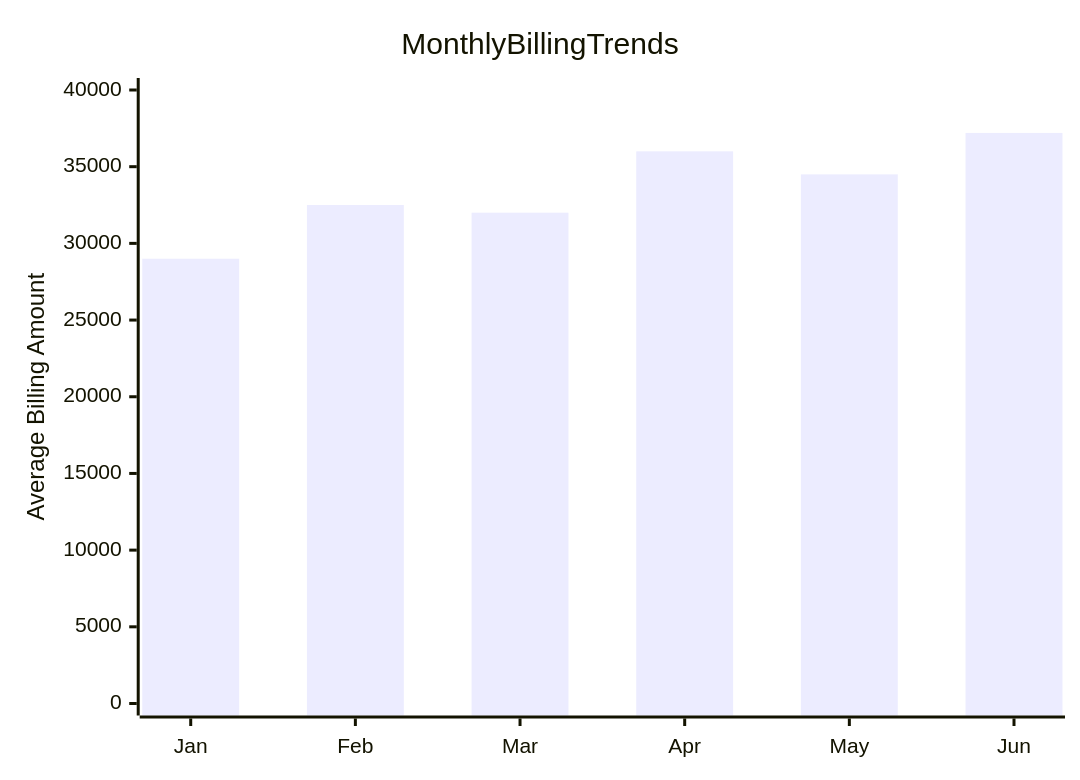
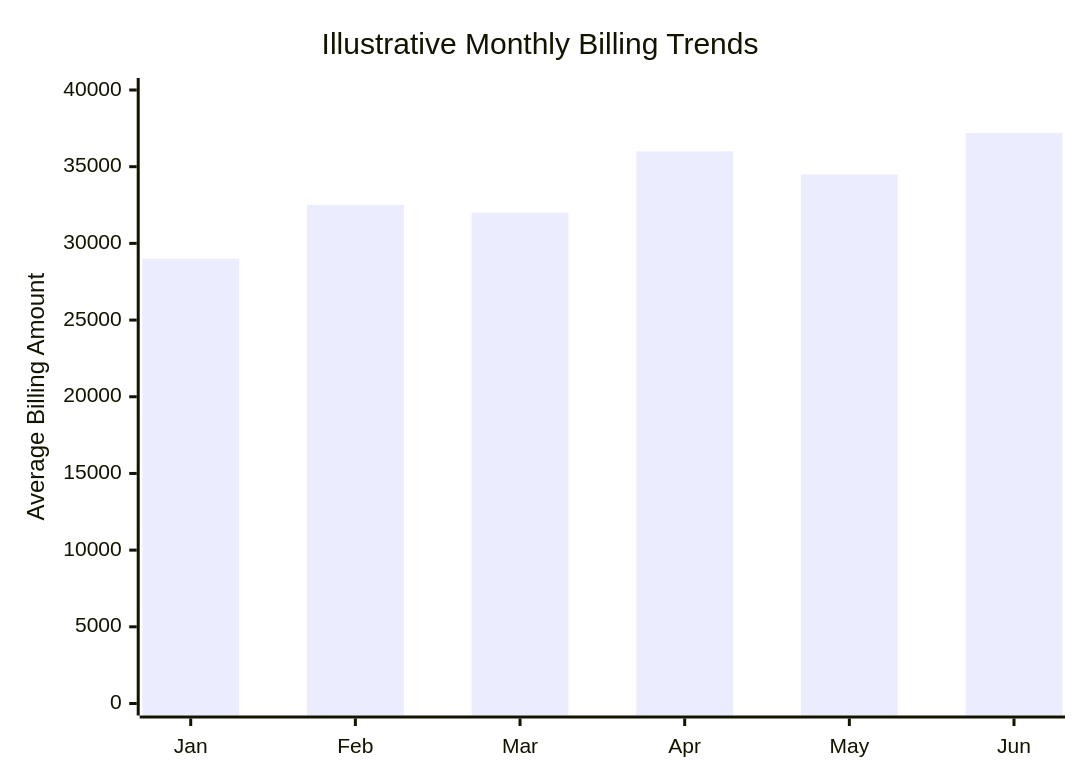
One commit to devansh-0001/HealthCare-Analytics changed the third of 4 diagrams in readme.md. Above: the diagram before and after it, drawn with Mermaid. The commit also changed other lines of this file and 1 other file, not shown here.

````diff
--- a/readme.md
+++ b/readme.md
@@ -114,7 +104,7 @@
 ```mermaid
 xychart-beta
-    title Monthly Billing Trends
-    x-axis [Jan, Feb, Mar, Apr, May, Jun]
+    title "Illustrative Monthly Billing Trends"
+    x-axis ["Jan", "Feb", "Mar", "Apr", "May", "Jun"]
     y-axis "Average Billing Amount" 0 --> 40000
     bar [29000, 32500, 32000, 36000, 34500, 37200]
 ```
````
